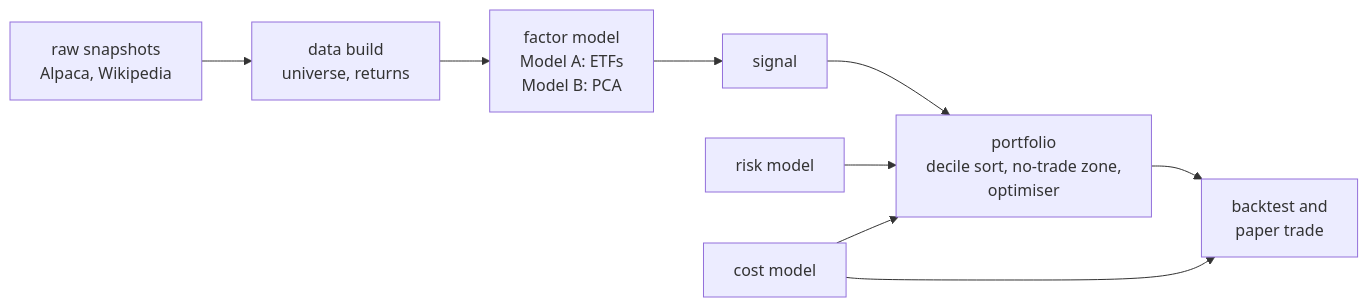
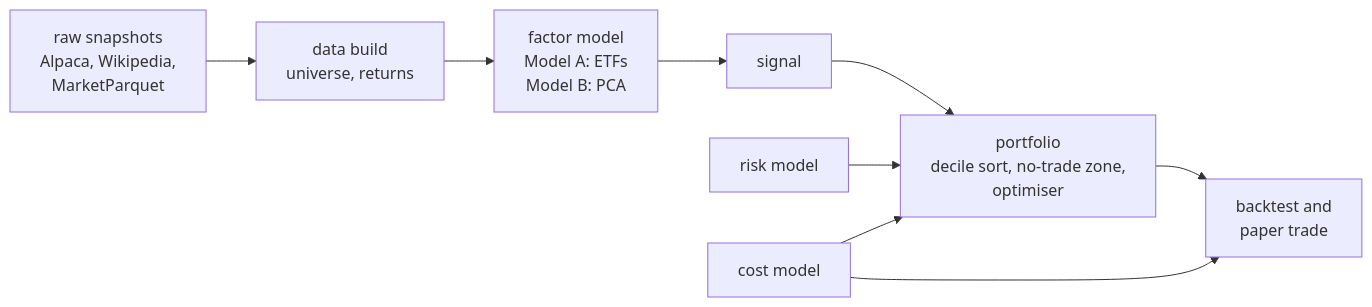
Before and after one commit to tcrossland/stat-arb-from-scratch: the diagram in README.md, drawn with Mermaid. The commit also changed other lines of this file and 7 other files, not shown here.

````diff
--- a/README.md
+++ b/README.md
@@ -21,7 +22,7 @@
 ```mermaid
 flowchart LR
-    S["raw snapshots<br/>Alpaca, Wikipedia"] --> D["data build<br/>universe, returns"] --> F["factor model<br/>Model A: ETFs<br/>Model B: PCA"] --> G["signal"] --> P["portfolio<br/>decile sort, no-trade zone,<br/>optimiser"] --> B["backtest and<br/>paper trade"]
+    S["raw snapshots<br/>Alpaca, Wikipedia,<br/>MarketParquet"] --> D["data build<br/>universe, returns"] --> F["factor model<br/>Model A: ETFs<br/>Model B: PCA"] --> G["signal"] --> P["portfolio<br/>decile sort, no-trade zone,<br/>optimiser"] --> B["backtest and<br/>paper trade"]
     R["risk model"] --> P
     C["cost model"] --> P
     C --> B
 ```
````
